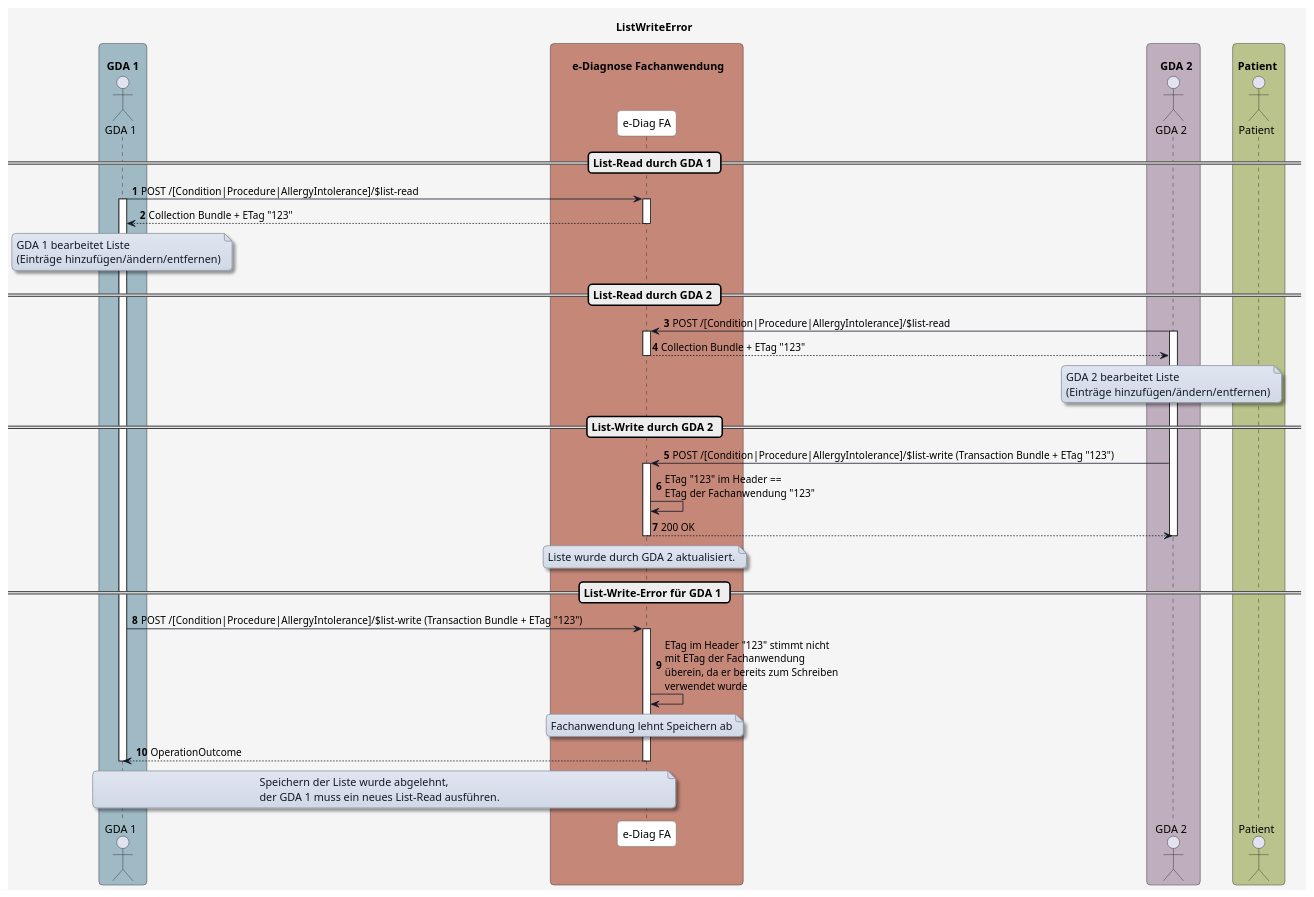
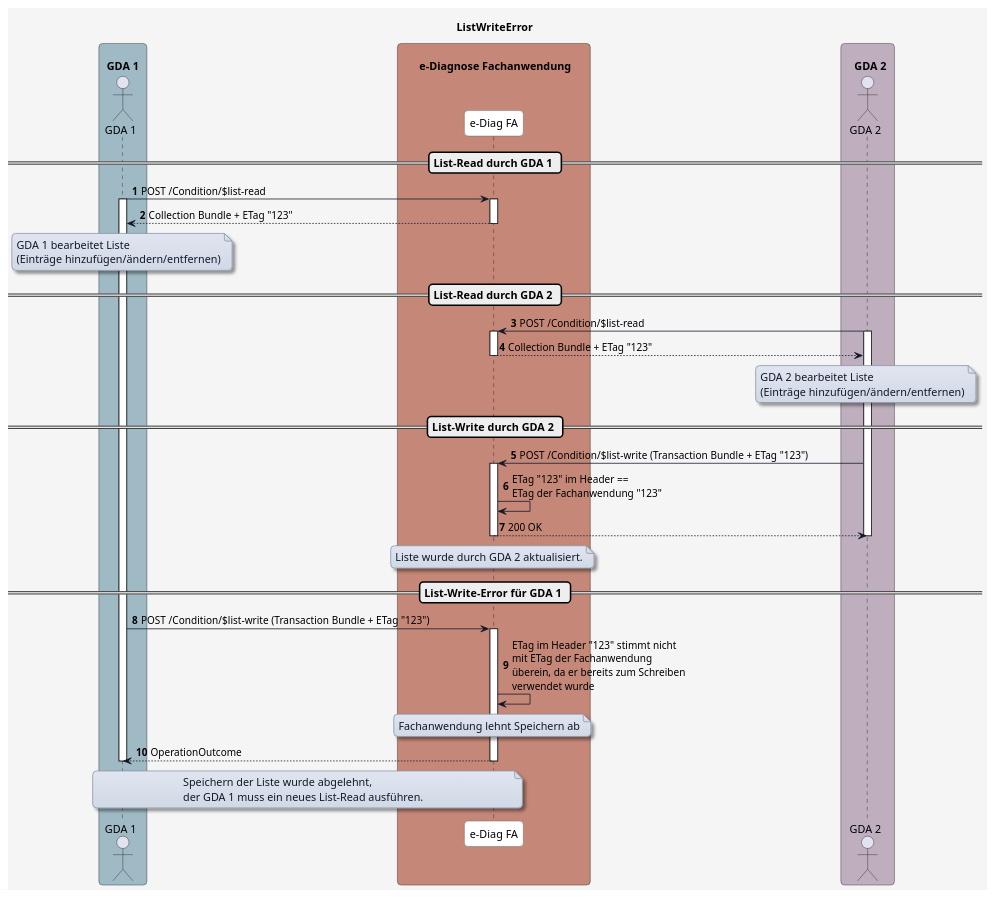
Before and after one commit to HL7Austria/ELGA-e-Diagnose-R4: the diagram in plantuml/diagram_write_error.plantuml, drawn with PlantUML. The commit also changed 4 other files, not shown here.

```diff
--- a/plantuml/diagram_write_error.plantuml
+++ b/plantuml/diagram_write_error.plantuml
@@ -1,124 +1,119 @@
 @startuml
 title ListWriteError
 
 skinparam borderColor #000000
 skinparam backgroundColor #f5f5f5
 skinparam shadowing false
 skinparam roundCorner 10
 skinparam defaultFontName "Arial"
 skinparam defaultFontSize 14
 skinparam defaultFontColor #000000
 
 skinparam note {
   BackgroundColor #e0e5f0-#d1d9e6
   BorderColor #8b95a5
   BorderThickness 1
   RoundCorner 8
   Padding 6
   FontColor #111827
   Shadowing true
 }
 
 skinparam HyperlinkColor #0000EE
 skinparam HyperlinkUnderline false
 
 skinparam sequence {
   ParticipantBorderColor #555555
   ParticipantBackgroundColor #ffffff
   ParticipantFontColor #000000
   ParticipantFontSize 14
   ParticipantPadding 20
   ArrowColor #111827
   ArrowThickness 1
   ArrowFontColor #000000
   ArrowFontSize 13
   GroupBorderColor #111827
   GroupBackgroundColor #eef2ff
   GroupBorderThickness 2
 }
 
 skinparam BoxPadding 20
 skinparam BoxBorderColor #555555
 
 box "\n  GDA 1  " #9fbac4
   actor GDA_1 as "GDA 1"
 end box
 
 box "\n       e-Diagnose Fachanwendung      " #C48778
   participant eDiag_FA as "e-Diag FA"
 end box
 
 box "\n    GDA 2  " #beaebe
   actor GDA_2 as "GDA 2"
 end box
 
-box "\n Patient  " #bac38b
-  actor Patient as "Patient"
-end box
-
-
 autonumber
 
  == List-Read durch GDA 1 ==
 
-GDA_1 -> eDiag_FA: POST /[Condition|Procedure|AllergyIntolerance]/$list-read
+GDA_1 -> eDiag_FA: POST /Condition/$list-read
 activate GDA_1
 
 activate eDiag_FA
 eDiag_FA --> GDA_1: Collection Bundle + ETag "123"
 deactivate eDiag_FA
 
 note over GDA_1
 GDA 1 bearbeitet Liste
 (Einträge hinzufügen/ändern/entfernen)
 end note
 
 == List-Read durch GDA 2 ==
 
-GDA_2 -> eDiag_FA: POST /[Condition|Procedure|AllergyIntolerance]/$list-read
+GDA_2 -> eDiag_FA: POST /Condition/$list-read
 activate GDA_2
 
 activate eDiag_FA
 
 eDiag_FA --> GDA_2: Collection Bundle + ETag "123"
 deactivate eDiag_FA
 
 note over GDA_2
 GDA 2 bearbeitet Liste
 (Einträge hinzufügen/ändern/entfernen)
 end note
 
 == List-Write durch GDA 2 ==
 
-GDA_2 -> eDiag_FA: POST /[Condition|Procedure|AllergyIntolerance]/$list-write (Transaction Bundle + ETag "123")
+GDA_2 -> eDiag_FA: POST /Condition/$list-write (Transaction Bundle + ETag "123")
 
 activate eDiag_FA
 eDiag_FA -> eDiag_FA: ETag "123" im Header ==\nETag der Fachanwendung "123"
 eDiag_FA --> GDA_2: 200 OK 
 deactivate GDA_2
 
 note over eDiag_FA
 Liste wurde durch GDA 2 aktualisiert.
 end note
 
 deactivate eDiag_FA
 
 == List-Write-Error für GDA 1 ==
 
-GDA_1 -> eDiag_FA: POST /[Condition|Procedure|AllergyIntolerance]/$list-write (Transaction Bundle + ETag "123")
+GDA_1 -> eDiag_FA: POST /Condition/$list-write (Transaction Bundle + ETag "123")
 
 activate eDiag_FA
 eDiag_FA -> eDiag_FA: ETag im Header "123" stimmt nicht\nmit ETag der Fachanwendung\nüberein, da er bereits zum Schreiben\nverwendet wurde
 note over eDiag_FA
 Fachanwendung lehnt Speichern ab
 end note
 eDiag_FA --> GDA_1: OperationOutcome
 deactivate GDA_1
 note over eDiag_FA, GDA_1
 Speichern der Liste wurde abgelehnt,
 der GDA 1 muss ein neues List-Read ausführen.
 end note
 
 deactivate eDiag_FA
 
 @enduml
```
